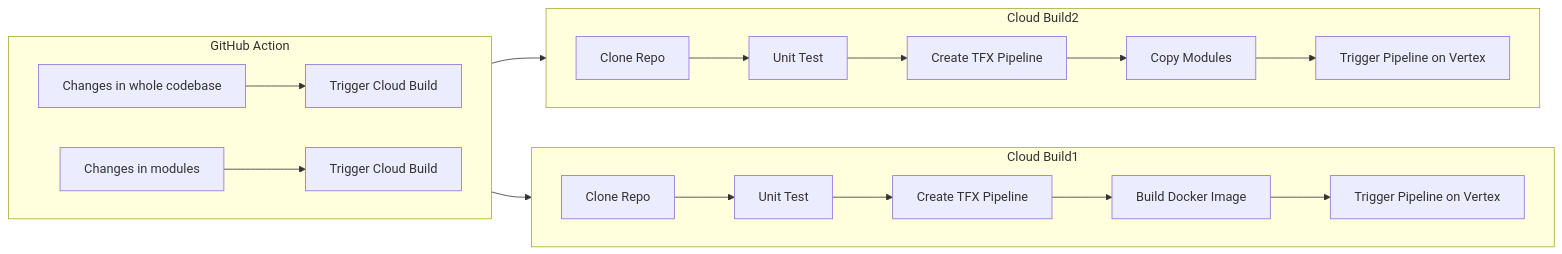
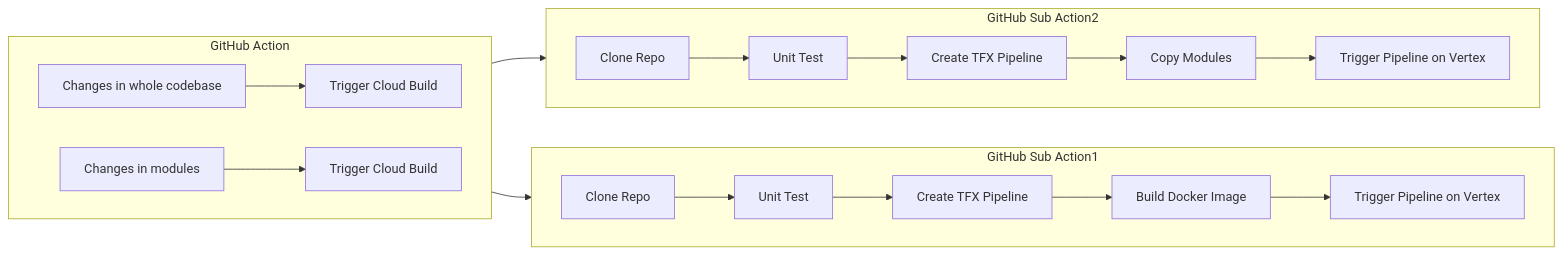
One commit to deep-diver/complete-mlops-system-workflow changed the first of 2 diagrams in README.md. Above: the diagram before and after it, drawn with Mermaid. The commit also changed other lines of this file, not shown here.

````diff
--- a/README.md
+++ b/README.md
@@ -22,27 +22,27 @@
 ```mermaid
   flowchart LR;
       subgraph GitHub Action
       direction LR      
       A[Changes in whole codebase]-->B[Trigger Cloud Build];
       C[Changes in modules]-->D[Trigger Cloud Build];           
       end
       
-      subgraph Cloud Build1
+      subgraph GitHub Sub Action1
       direction LR 
       E[Clone Repo]-->F[Unit Test];
       F-->G[Create TFX Pipeline];
       G-->I[Build Docker Image];
       I-->J[Trigger Pipeline on Vertex];
       end
       
-      subgraph Cloud Build2
+      subgraph GitHub Sub Action2
       direction LR
       K[Clone Repo]-->L[Unit Test];
       L-->M[Create TFX Pipeline];
       M-->O[Copy Modules];
       O-->P[Trigger Pipeline on Vertex];
       end      
       
       B-->E;
       D-->K;
 ```      
````
